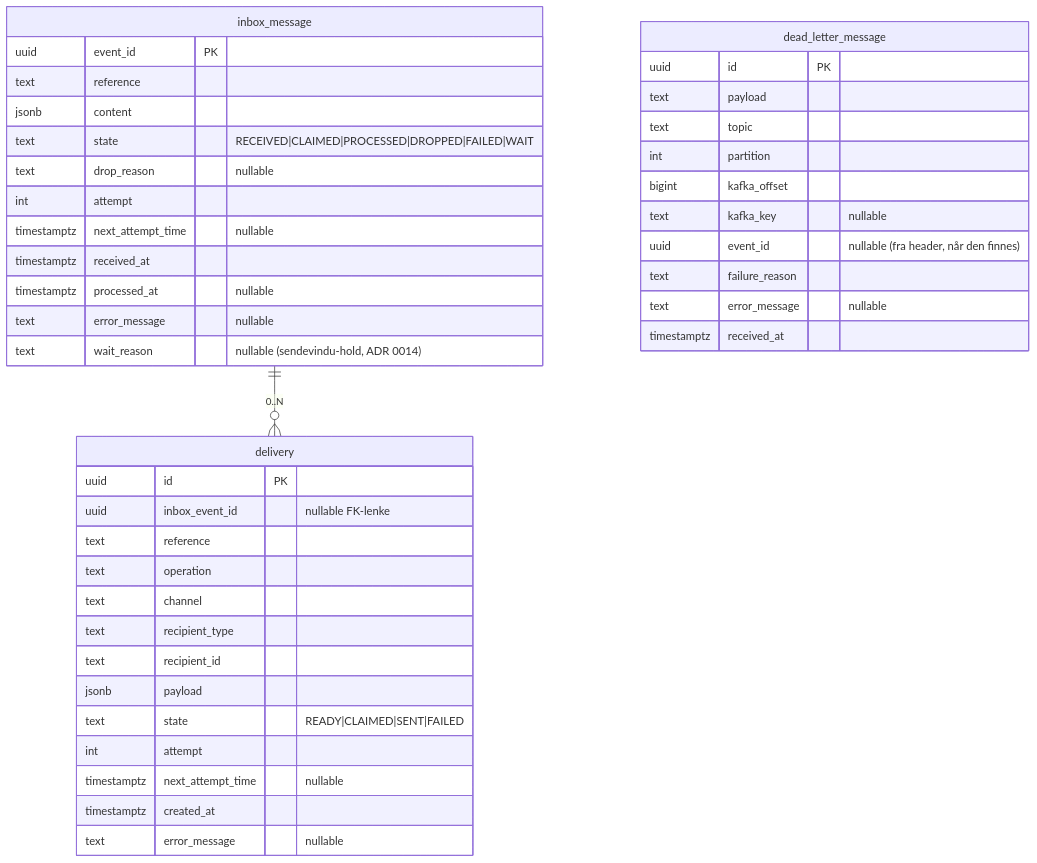
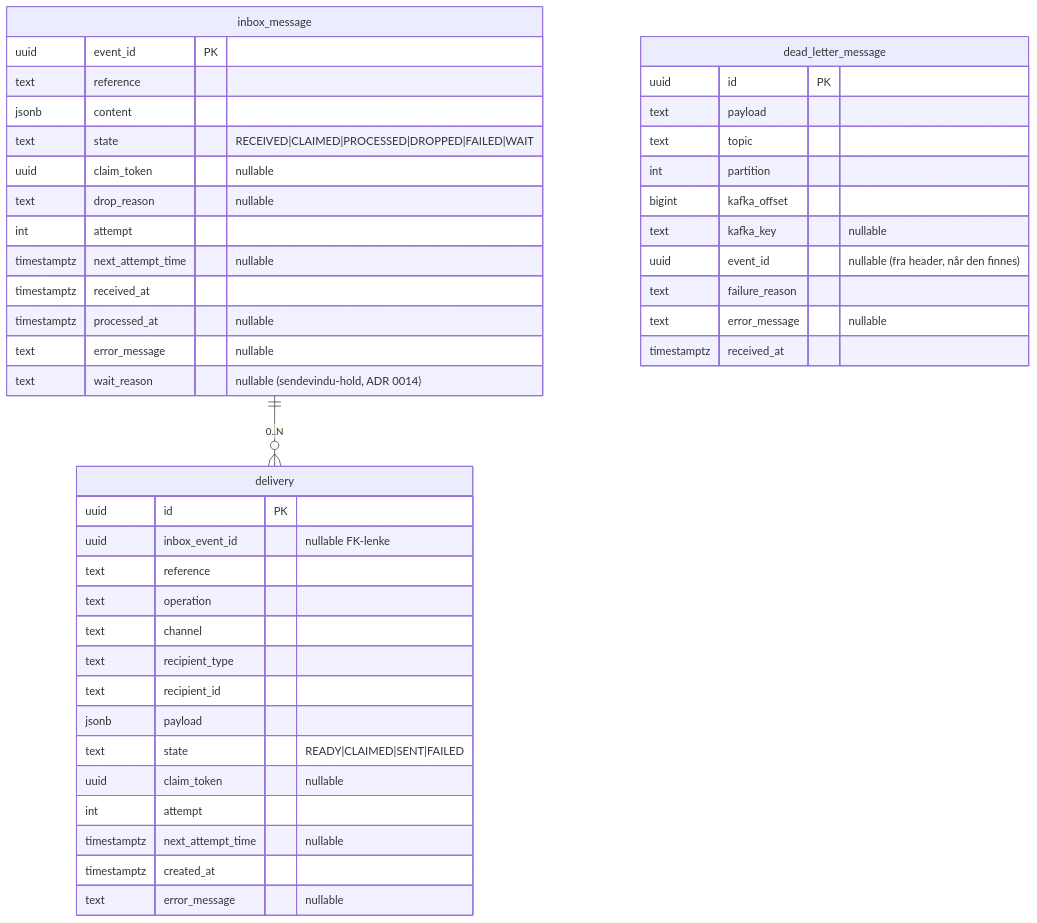
Before and after one commit to navikt/syfo-budstikka: the diagram in docs/datamodell.md, drawn with Mermaid. The commit also changed other lines of this file and 32 other files, not shown here.

First line of the commit message:
feat: fence claims with claim_token (#301)

````diff
--- a/docs/datamodell.md
+++ b/docs/datamodell.md
@@ -8,47 +8,49 @@
 ```mermaid
 erDiagram
     inbox_message ||--o{ delivery : "0..N"
 
     inbox_message {
         uuid        event_id PK
         text        reference
         jsonb       content
         text        state "RECEIVED|CLAIMED|PROCESSED|DROPPED|FAILED|WAIT"
+        uuid        claim_token "nullable"
         text        drop_reason "nullable"
         int         attempt
         timestamptz next_attempt_time "nullable"
         timestamptz received_at
         timestamptz processed_at "nullable"
         text        error_message "nullable"
         text        wait_reason "nullable (sendevindu-hold, ADR 0014)"
     }
 
     delivery {
         uuid        id PK
         uuid        inbox_event_id "nullable FK-lenke"
         text        reference
         text        operation
         text        channel
         text        recipient_type
         text        recipient_id
         jsonb       payload
         text        state "READY|CLAIMED|SENT|FAILED"
+        uuid        claim_token "nullable"
         int         attempt
         timestamptz next_attempt_time "nullable"
         timestamptz created_at
         text        error_message "nullable"
     }
 
     dead_letter_message {
         uuid        id PK
         text        payload
         text        topic
         int         partition
         bigint      kafka_offset
         text        kafka_key "nullable"
         uuid        event_id "nullable (fra header, når den finnes)"
         text        failure_reason
         text        error_message "nullable"
         timestamptz received_at
     }
 ```
````
